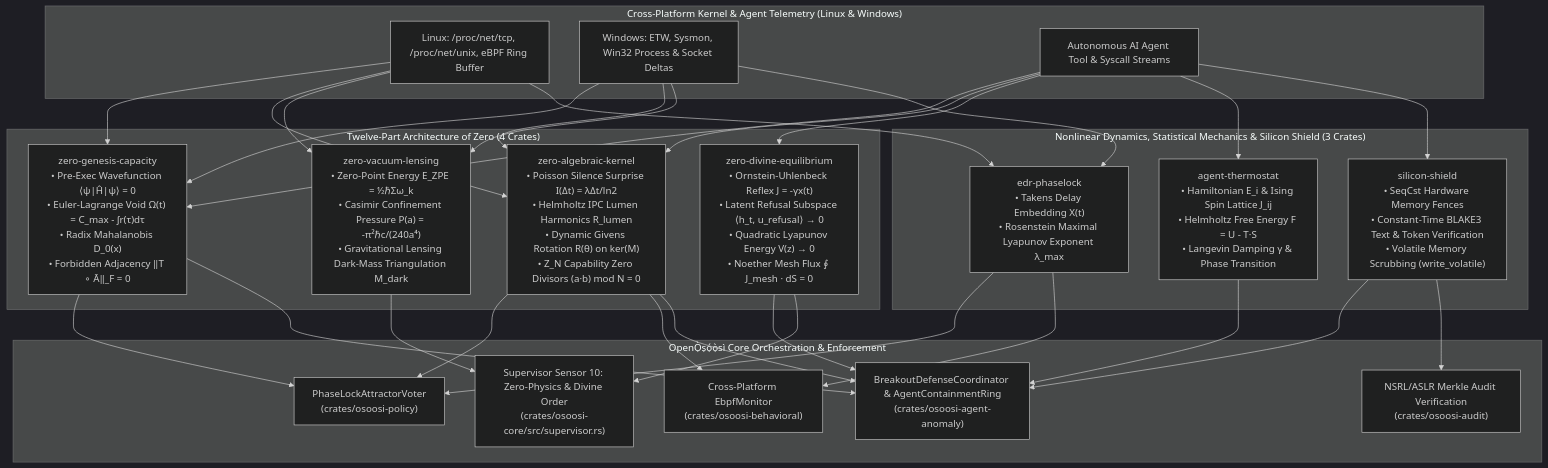
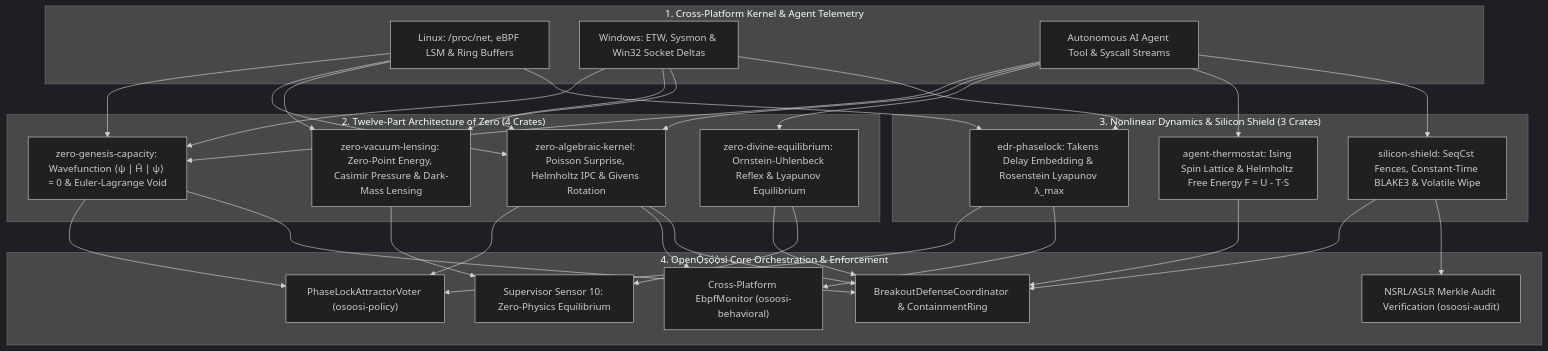
The second of 33 diagrams in README.md (oyesanyf/OshoosiClaw), drawn with Mermaid (dark theme) before and after one commit. The commit also changed other lines of this file and 40 other files, not shown here.

Commit message:
feat(mesh): mathematical mesh defense model E(N,t), 3-tier blockchain of ledgers, and WebUI parity

````diff
--- a/README.md
+++ b/README.md
@@ -261,37 +259,37 @@
 ```mermaid
 flowchart TD
-    subgraph Telemetry["Cross-Platform Kernel & Agent Telemetry (Linux & Windows)"]
-        L["Linux: /proc/net/tcp, /proc/net/unix, eBPF Ring Buffer"]
-        W["Windows: ETW, Sysmon, Win32 Process & Socket Deltas"]
+    subgraph Telemetry["1. Cross-Platform Kernel & Agent Telemetry"]
+        L["Linux: /proc/net, eBPF LSM & Ring Buffers"]
+        W["Windows: ETW, Sysmon & Win32 Socket Deltas"]
         A["Autonomous AI Agent Tool & Syscall Streams"]
     end
 
-    subgraph ZeroCrates["Twelve-Part Architecture of Zero (4 Crates)"]
-        Z1["zero-genesis-capacity<br/>• Pre-Exec Wavefunction ⟨ψ|Ĥ|ψ⟩ = 0<br/>• Euler-Lagrange Void Ω(t) = C_max - ∫r(τ)dτ<br/>• Radix Mahalanobis D_0(x)<br/>• Forbidden Adjacency ‖T ∘ Ā‖_F = 0"]
-        Z2["zero-algebraic-kernel<br/>• Poisson Silence Surprise I(Δt) = λΔt/ln2<br/>• Helmholtz IPC Lumen Harmonics R_lumen<br/>• Dynamic Givens Rotation R(θ) on ker(M)<br/>• Z_N Capability Zero Divisors (a·b) mod N = 0"]
-        Z3["zero-vacuum-lensing<br/>• Zero-Point Energy E_ZPE = ½ℏΣω_k<br/>• Casimir Confinement Pressure P(a) = -π²ℏc/(240a⁴)<br/>• Gravitational Lensing Dark-Mass Triangulation M_dark"]
-        Z4["zero-divine-equilibrium<br/>• Ornstein-Uhlenbeck Reflex J = -γx(t)<br/>• Latent Refusal Subspace ⟨h_t, u_refusal⟩ → 0<br/>• Quadratic Lyapunov Energy V(z) → 0<br/>• Noether Mesh Flux ∮ J_mesh · dS = 0"]
+    subgraph ZeroCrates["2. Twelve-Part Architecture of Zero (4 Crates)"]
+        Z1["zero-genesis-capacity: Wavefunction ⟨ψ ∣ Ĥ ∣ ψ⟩ = 0 & Euler-Lagrange Void"]
+        Z2["zero-algebraic-kernel: Poisson Surprise, Helmholtz IPC & Givens Rotation"]
+        Z3["zero-vacuum-lensing: Zero-Point Energy, Casimir Pressure & Dark-Mass Lensing"]
+        Z4["zero-divine-equilibrium: Ornstein-Uhlenbeck Reflex & Lyapunov Equilibrium"]
     end
 
-    subgraph PhysicsCrates["Nonlinear Dynamics, Statistical Mechanics & Silicon Shield (3 Crates)"]
-        P1["edr-phaselock<br/>• Takens Delay Embedding X(t)<br/>• Rosenstein Maximal Lyapunov Exponent λ_max"]
-        P2["agent-thermostat<br/>• Hamiltonian E_i & Ising Spin Lattice J_ij<br/>• Helmholtz Free Energy F = U - T·S<br/>• Langevin Damping γ & Phase Transition"]
-        P3["silicon-shield<br/>• SeqCst Hardware Memory Fences<br/>• Constant-Time BLAKE3 Text & Token Verification<br/>• Volatile Memory Scrubbing (write_volatile)"]
+    subgraph PhysicsCrates["3. Nonlinear Dynamics & Silicon Shield (3 Crates)"]
+        P1["edr-phaselock: Takens Delay Embedding & Rosenstein Lyapunov λ_max"]
+        P2["agent-thermostat: Ising Spin Lattice & Helmholtz Free Energy F = U - T·S"]
+        P3["silicon-shield: SeqCst Fences, Constant-Time BLAKE3 & Volatile Wipe"]
     end
 
-    subgraph CoreEDR["OpenỌ̀ṣọ́ọ̀sì Core Orchestration & Enforcement"]
-        V["PhaseLockAttractorVoter<br/>(crates/osoosi-policy)"]
-        E["Cross-Platform EbpfMonitor<br/>(crates/osoosi-behavioral)"]
-        B["BreakoutDefenseCoordinator & AgentContainmentRing<br/>(crates/osoosi-agent-anomaly)"]
-        S["Supervisor Sensor 10: Zero-Physics & Divine Order<br/>(crates/osoosi-core/src/supervisor.rs)"]
-        M["NSRL/ASLR Merkle Audit Verification<br/>(crates/osoosi-audit)"]
+    subgraph CoreEDR["4. OpenỌ̀ṣọ́ọ̀sì Core Orchestration & Enforcement"]
+        V["PhaseLockAttractorVoter (osoosi-policy)"]
+        E["Cross-Platform EbpfMonitor (osoosi-behavioral)"]
+        B["BreakoutDefenseCoordinator & ContainmentRing"]
+        S["Supervisor Sensor 10: Zero-Physics Equilibrium"]
+        M["NSRL/ASLR Merkle Audit Verification (osoosi-audit)"]
     end
 
     L & W --> Z1 & Z2 & Z3 & P1
     A --> Z1 & Z2 & Z4 & P2 & P3
     Z1 & Z2 & P1 --> V
     Z2 & P1 --> E
     Z1 & Z2 & Z4 & P2 & P3 --> B
     Z3 & Z4 --> S
     P3 --> M
 ```
````
